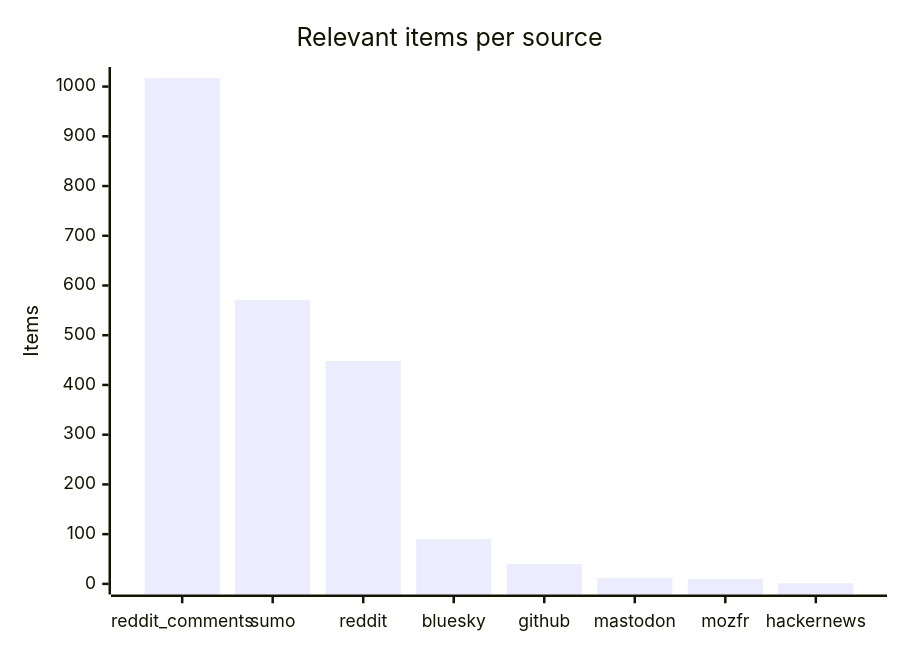
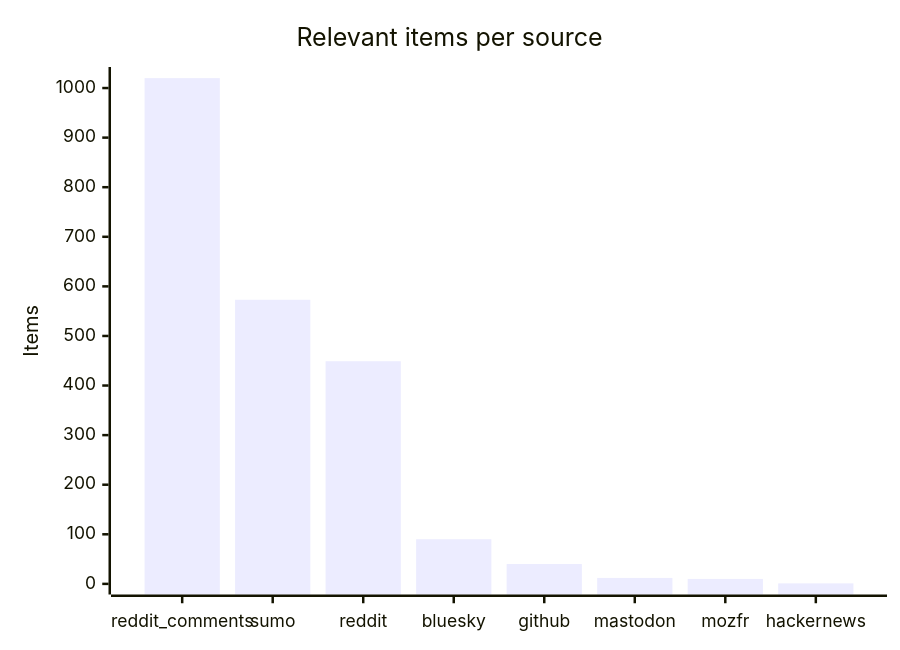
Before and after one commit to martinbalfanz/social-scanner-reports: the third of 4 diagrams in README.md, drawn with Mermaid. The commit also changed other lines of this file and 4 other files, not shown here.

````diff
--- a/README.md
+++ b/README.md
@@ -48,7 +48,7 @@
 ```mermaid
 xychart-beta
     title "Relevant items per source"
     x-axis ["reddit_comments", "sumo", "reddit", "bluesky", "github", "mastodon", "mozfr", "hackernews"]
-    y-axis "Items" 0 --> 1018
-    bar [1017, 571, 448, 90, 40, 12, 10, 1]
+    y-axis "Items" 0 --> 1021
+    bar [1020, 573, 449, 90, 40, 12, 10, 1]
 ```
````
